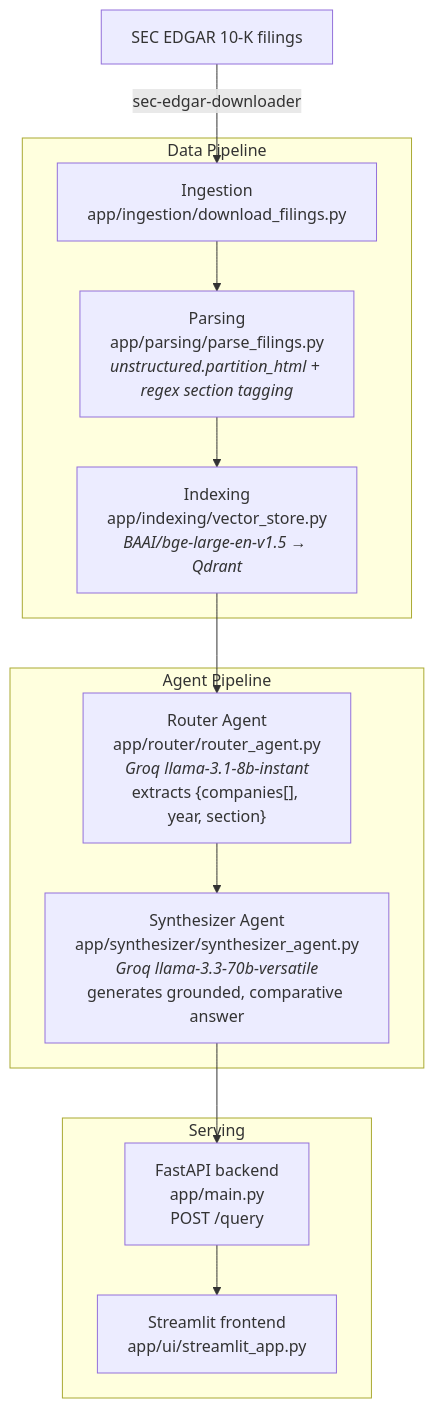
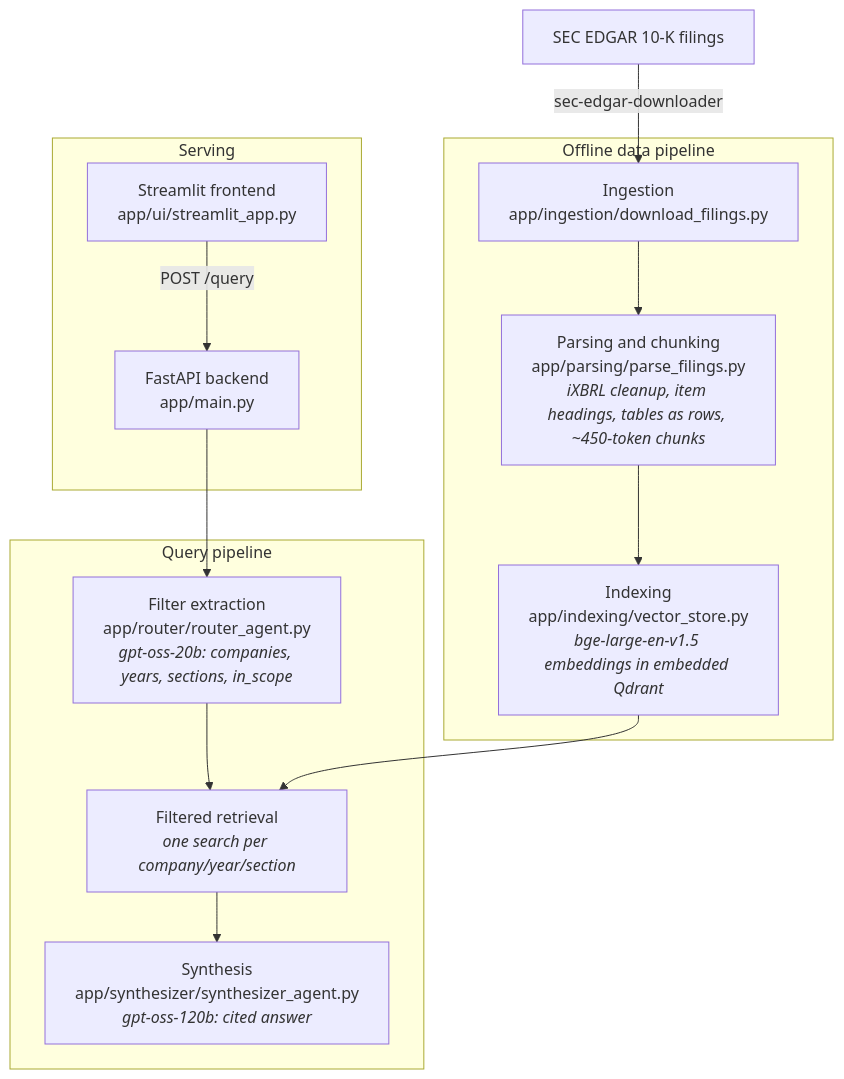
The diagram in README.md (AyhanMeherrem/Multi-Agent-Financial-Rag-System), drawn with Mermaid before and after one commit. The commit also changed other lines of this file, not shown here.

Commit message:
Rewrite README with evaluation results, design notes and API reference

````diff
--- a/README.md
+++ b/README.md
@@ -45,26 +67,27 @@
 ```mermaid
 flowchart TD
     A["SEC EDGAR 10-K filings"] -->|sec-edgar-downloader| B
 
-    subgraph DP["Data Pipeline"]
+    subgraph DP["Offline data pipeline"]
         B["Ingestion<br/>app/ingestion/download_filings.py"]
-        C["Parsing<br/>app/parsing/parse_filings.py<br/><i>unstructured.partition_html + regex section tagging</i>"]
-        D["Indexing<br/>app/indexing/vector_store.py<br/><i>BAAI/bge-large-en-v1.5 → Qdrant</i>"]
+        C["Parsing and chunking<br/>app/parsing/parse_filings.py<br/><i>iXBRL cleanup, item headings, tables as rows, ~450-token chunks</i>"]
+        D["Indexing<br/>app/indexing/vector_store.py<br/><i>bge-large-en-v1.5 embeddings in embedded Qdrant</i>"]
         B --> C --> D
     end
 
-    subgraph AP["Agent Pipeline"]
-        E["Router Agent<br/>app/router/router_agent.py<br/><i>Groq llama-3.1-8b-instant</i><br/>extracts {companies[], year, section}"]
-        F["Synthesizer Agent<br/>app/synthesizer/synthesizer_agent.py<br/><i>Groq llama-3.3-70b-versatile</i><br/>generates grounded, comparative answer"]
-        E --> F
+    subgraph QP["Query pipeline"]
+        E["Filter extraction<br/>app/router/router_agent.py<br/><i>gpt-oss-20b: companies, years, sections, in_scope</i>"]
+        R["Filtered retrieval<br/><i>one search per company/year/section</i>"]
+        F["Synthesis<br/>app/synthesizer/synthesizer_agent.py<br/><i>gpt-oss-120b: cited answer</i>"]
+        E --> R --> F
     end
 
     subgraph SL["Serving"]
-        G["FastAPI backend<br/>app/main.py<br/>POST /query"]
+        G["FastAPI backend<br/>app/main.py"]
         H["Streamlit frontend<br/>app/ui/streamlit_app.py"]
-        G --> H
+        H -->|POST /query| G
     end
 
-    D --> E
-    F --> G
+    D --> R
+    G --> E
 ```
````
